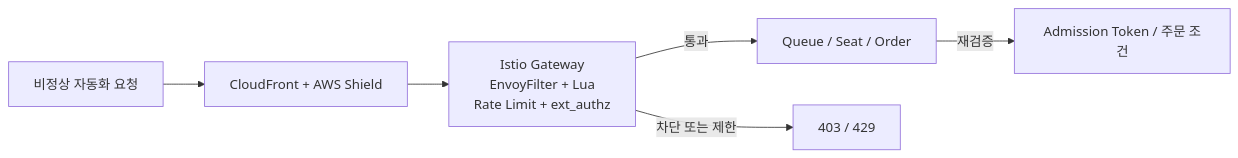
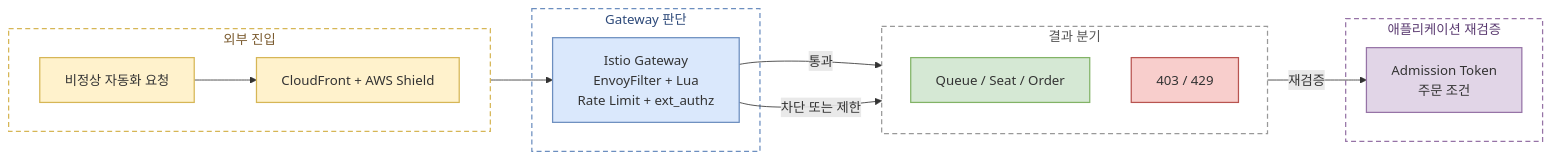
The diagram in docs/content/security/bot-defense.md (goorm-gongbang/001-finalPR), drawn with Mermaid before and after one commit. The commit also changed 4 other files, not shown here.

Commit message:
feat.mermaid

````diff
--- a/docs/content/security/bot-defense.md
+++ b/docs/content/security/bot-defense.md
@@ -9,8 +9,44 @@
 ```mermaid
 flowchart LR
-    BOT["비정상 자동화 요청"] --> EDGE["CloudFront + AWS Shield"]
-    EDGE --> GATEWAY["Istio Gateway<br/>EnvoyFilter + Lua<br/>Rate Limit + ext_authz"]
-    GATEWAY -->|통과| APP["Queue / Seat / Order"]
-    GATEWAY -->|차단 또는 제한| BLOCK["403 / 429"]
-    APP -->|재검증| TOKEN["Admission Token / 주문 조건"]
+    subgraph ENTRY["외부 진입"]
+        direction LR
+        BOT["비정상 자동화 요청"]
+        EDGE["CloudFront + AWS Shield"]
+    end
+    subgraph DECISION["Gateway 판단"]
+        GATEWAY["Istio Gateway<br/>EnvoyFilter + Lua<br/>Rate Limit + ext_authz"]
+    end
+    subgraph OUTCOMES["결과 분기"]
+        direction TB
+        APP["Queue / Seat / Order"]
+        BLOCK["403 / 429"]
+    end
+    subgraph VERIFY["애플리케이션 재검증"]
+        TOKEN["Admission Token<br/>주문 조건"]
+    end
+
+    BOT --> EDGE --> GATEWAY
+    GATEWAY -->|통과| APP
+    GATEWAY -->|차단 또는 제한| BLOCK
+    APP -->|재검증| TOKEN
+
+    classDef entryNode fill:#fff2cc,stroke:#d6b656,stroke-width:1.5px,color:#333
+    classDef decisionNode fill:#dae8fc,stroke:#6c8ebf,stroke-width:1.5px,color:#333
+    classDef passNode fill:#d5e8d4,stroke:#82b366,stroke-width:1.5px,color:#333
+    classDef blockNode fill:#f8cecc,stroke:#b85450,stroke-width:1.5px,color:#333
+    classDef verifyNode fill:#e1d5e7,stroke:#9673a6,stroke-width:1.5px,color:#333
+    classDef groupEntry fill:none,stroke:#d6b656,stroke-width:1.5px,stroke-dasharray:6 4,color:#7a5a2e
+    classDef groupDecision fill:none,stroke:#6c8ebf,stroke-width:1.5px,stroke-dasharray:6 4,color:#2e4a7a
+    classDef groupOutcomes fill:none,stroke:#999,stroke-width:1.5px,stroke-dasharray:6 4,color:#555
+    classDef groupVerify fill:none,stroke:#9673a6,stroke-width:1.5px,stroke-dasharray:6 4,color:#5a3a70
+
+    class BOT,EDGE entryNode
+    class GATEWAY decisionNode
+    class APP passNode
+    class BLOCK blockNode
+    class TOKEN verifyNode
+    class ENTRY groupEntry
+    class DECISION groupDecision
+    class OUTCOMES groupOutcomes
+    class VERIFY groupVerify
 ```
````
